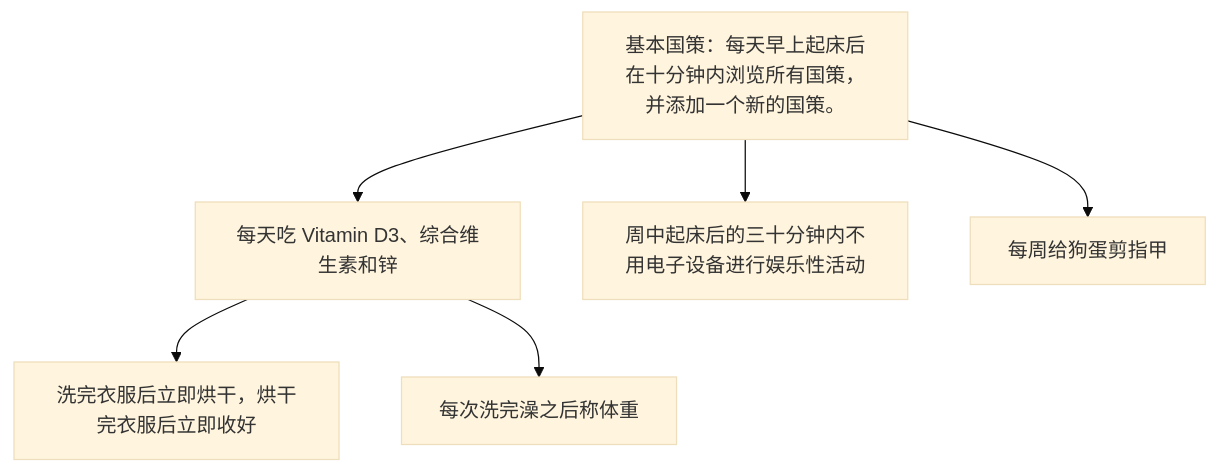
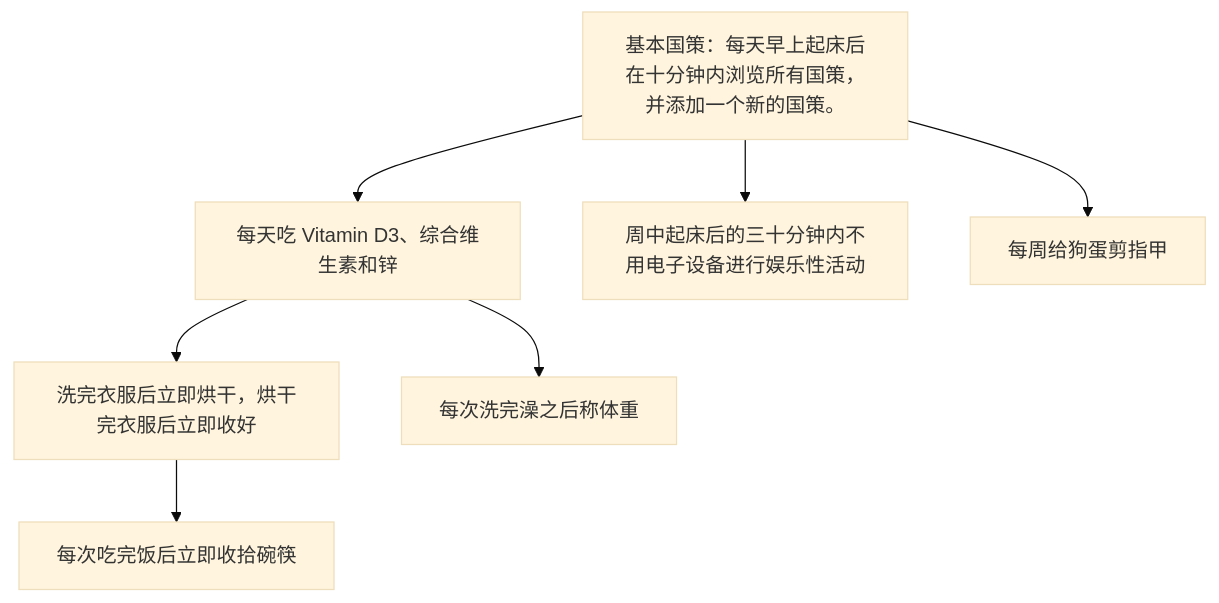
One commit to HeavyWhale/RSIP changed the diagram in national_policies.mermaid. Above: the diagram before and after it, drawn with Mermaid (base theme).

```diff
--- a/national_policies.mermaid
+++ b/national_policies.mermaid
@@ -1,7 +1,8 @@
 graph TD
     A[基本国策：每天早上起床后在十分钟内浏览所有国策，并添加一个新的国策。]
     A --> B[每天吃 Vitamin D3、综合维生素和锌]
     B --> BA[洗完衣服后立即烘干，烘干完衣服后立即收好]
+    BA --> BAA[每次吃完饭后立即收拾碗筷]
     B --> BB[每次洗完澡之后称体重]
     A --> C[周中起床后的三十分钟内不用电子设备进行娱乐性活动]
     A --> D[每周给狗蛋剪指甲]
```
